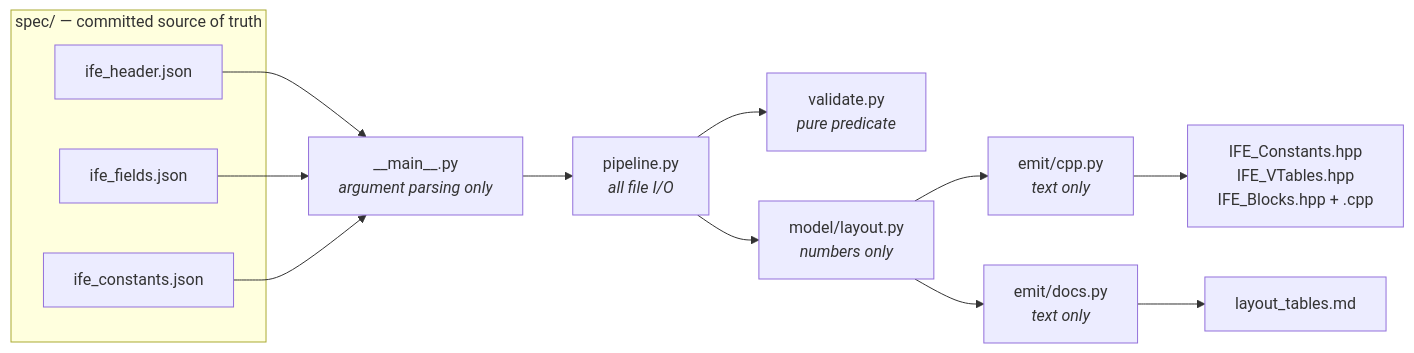
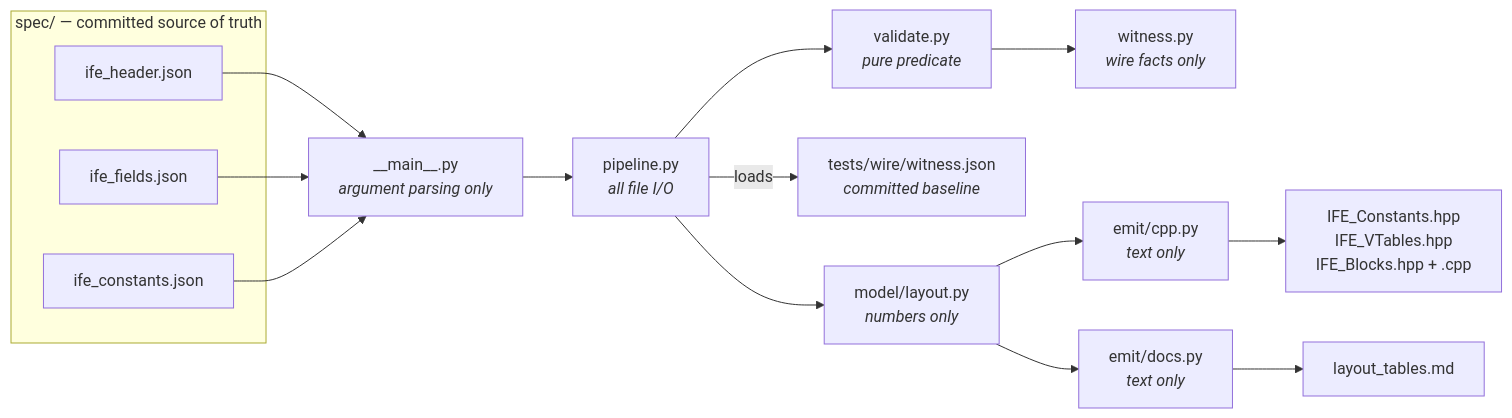
The diagram in generator/README.md (ryanlandvater/Iris-File-Extension), drawn with Mermaid before and after one commit. The commit also changed other lines of this file and 6 other files, not shown here.

First line of the commit message:
Add append-only wire witness validation

````diff
--- a/generator/README.md
+++ b/generator/README.md
@@ -50,16 +53,18 @@
 ```mermaid
 flowchart LR
     subgraph src["spec/ — committed source of truth"]
         H[ife_header.json]
         F[ife_fields.json]
         C[ife_constants.json]
     end
     H & F & C --> M[__main__.py<br/><i>argument parsing only</i>]
     M --> P[pipeline.py<br/><i>all file I/O</i>]
     P --> V[validate.py<br/><i>pure predicate</i>]
+    V --> W[witness.py<br/><i>wire facts only</i>]
+    P -->|loads| B[tests/wire/witness.json<br/><i>committed baseline</i>]
     P --> L[model/layout.py<br/><i>numbers only</i>]
     L --> CPP[emit/cpp.py<br/><i>text only</i>]
     L --> DOC[emit/docs.py<br/><i>text only</i>]
     CPP --> O1[IFE_Constants.hpp<br/>IFE_VTables.hpp<br/>IFE_Blocks.hpp + .cpp]
     DOC --> O2[layout_tables.md]
 ```
````
